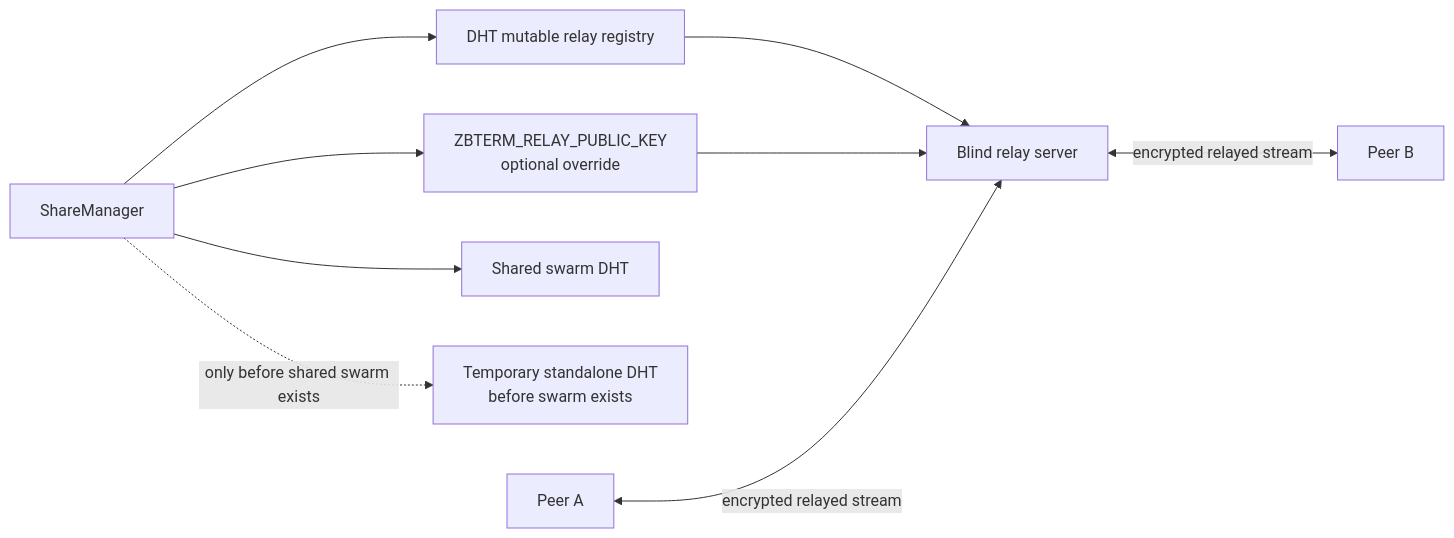
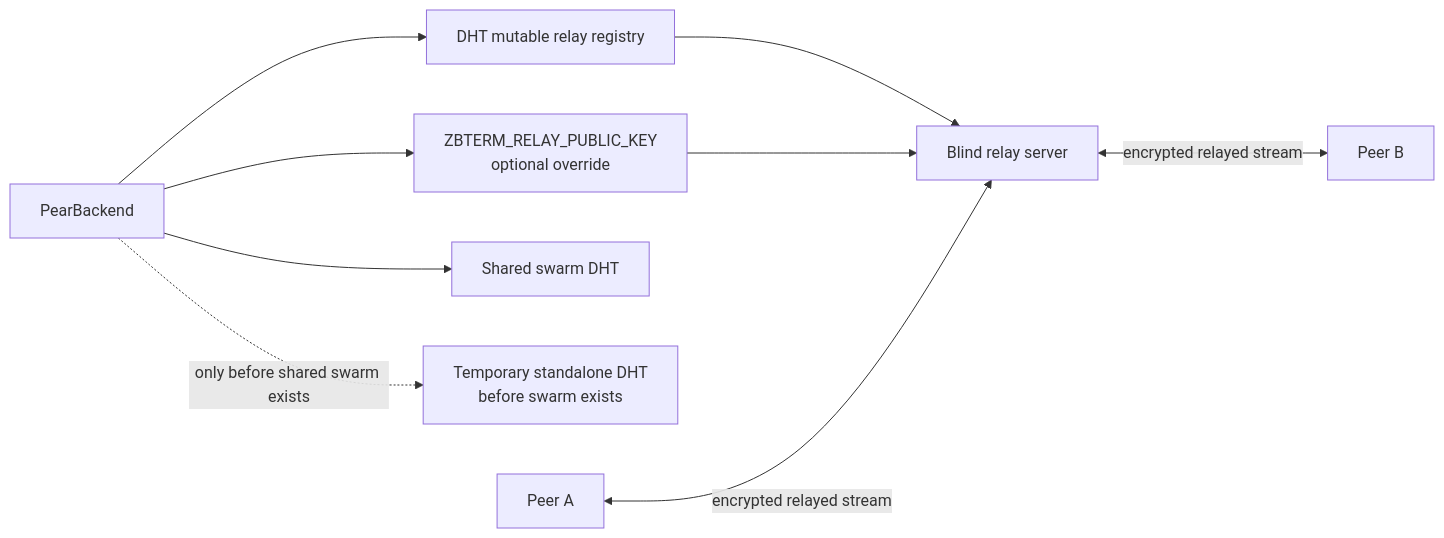
One commit to zevix/zbterm changed diagram 11 of 19 in docs/ARCHITECTURE.md. Above: the diagram before and after it, drawn with Mermaid. The commit also changed other lines of this file and 85 other files, not shown here.

````diff
--- a/docs/ARCHITECTURE.md
+++ b/docs/ARCHITECTURE.md
@@ -1025,20 +1168,20 @@
 ```mermaid
 flowchart LR
-  Share[ShareManager]
+  Share[PearBackend]
   Env[ZBTERM_RELAY_PUBLIC_KEY<br/>optional override]
   Registry[DHT mutable relay registry]
   SwarmDHT[Shared swarm DHT]
   Standalone[Temporary standalone DHT<br/>before swarm exists]
   Relay[Blind relay server]
   PeerA[Peer A]
   PeerB[Peer B]
 
   Share --> Env
   Share --> Registry
   Share --> SwarmDHT
   Share -. only before shared swarm exists .-> Standalone
   Registry --> Relay
   Env --> Relay
   PeerA <-- encrypted relayed stream --> Relay
   Relay <-- encrypted relayed stream --> PeerB
 ```
````
